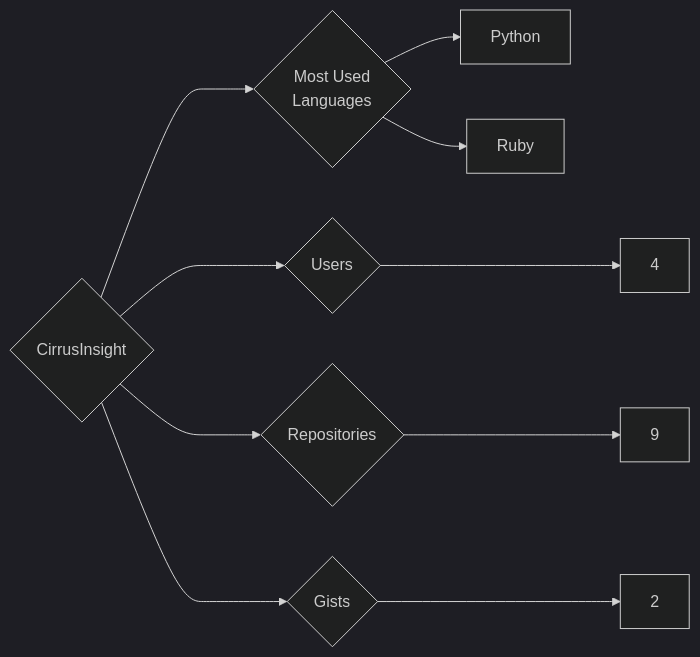
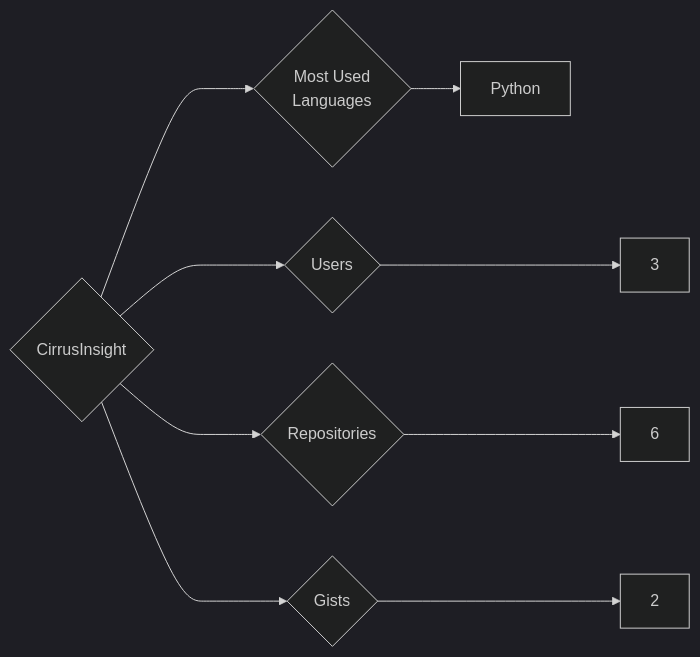
Before and after one commit to trickest/insiders: the diagram in targets/CirrusInsight/README.md, drawn with Mermaid (dark theme). The commit also changed 1023 other files, not shown here.

````diff
--- a/targets/CirrusInsight/README.md
+++ b/targets/CirrusInsight/README.md
@@ -3,10 +3,9 @@
 ```mermaid
 graph LR
 COMPANY_NAME{CirrusInsight}
-COMPANY_NAME ---> U{Users} ---> UN[4]
-COMPANY_NAME ---> R{Repositories} ---> RN[9]
+COMPANY_NAME ---> U{Users} ---> UN[3]
+COMPANY_NAME ---> R{Repositories} ---> RN[6]
 COMPANY_NAME ---> G{Gists} ---> GN[2]
 COMPANY_NAME ---> ML{Most Used<br>Languages}
 ML --> Python[Python]
-ML --> Ruby[Ruby]
 ```
````
